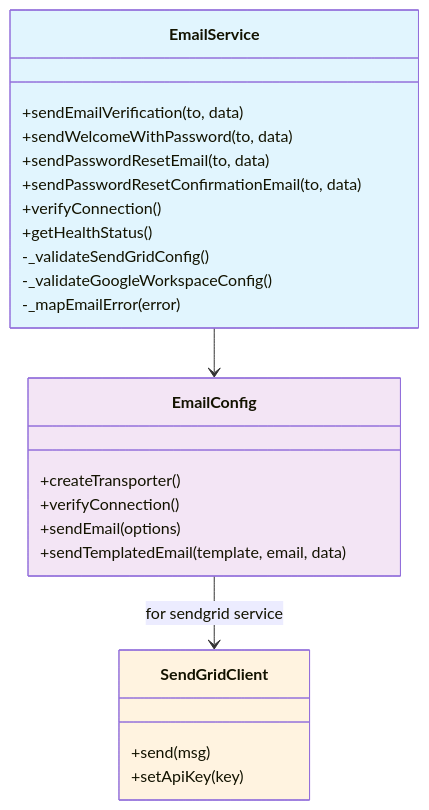
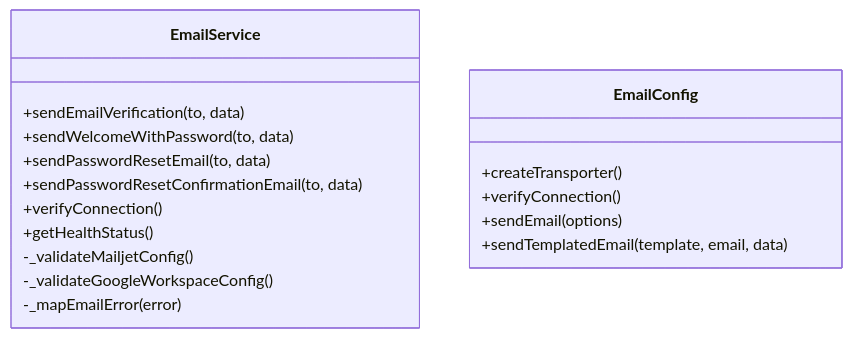
Before and after one commit to josephnguyen-macusaone/abc-dashboard: the second of 15 diagrams in backend/docs/guides/email-service-overview.md, drawn with Mermaid. The commit also changed other lines of this file and 141 other files, not shown here.

First line of the commit message:
chore: update configurations and enhance email service integration

````diff
--- a/backend/docs/guides/email-service-overview.md
+++ b/backend/docs/guides/email-service-overview.md
@@ -40,33 +40,22 @@
 ```mermaid
 classDiagram
     class EmailService {
         +sendEmailVerification(to, data)
         +sendWelcomeWithPassword(to, data)
         +sendPasswordResetEmail(to, data)
         +sendPasswordResetConfirmationEmail(to, data)
         +verifyConnection()
         +getHealthStatus()
-        -_validateSendGridConfig()
+        -_validateMailjetConfig()
         -_validateGoogleWorkspaceConfig()
         -_mapEmailError(error)
     }
 
     class EmailConfig {
         +createTransporter()
         +verifyConnection()
         +sendEmail(options)
         +sendTemplatedEmail(template, email, data)
     }
 
-    class SendGridClient {
-        +send(msg)
-        +setApiKey(key)
-    }
-
-    EmailService --> EmailConfig
-    EmailConfig --> SendGridClient : for sendgrid service
-
-    style EmailService fill:#e1f5fe
-    style EmailConfig fill:#f3e5f5
-    style SendGridClient fill:#fff3e0
 ```
````
